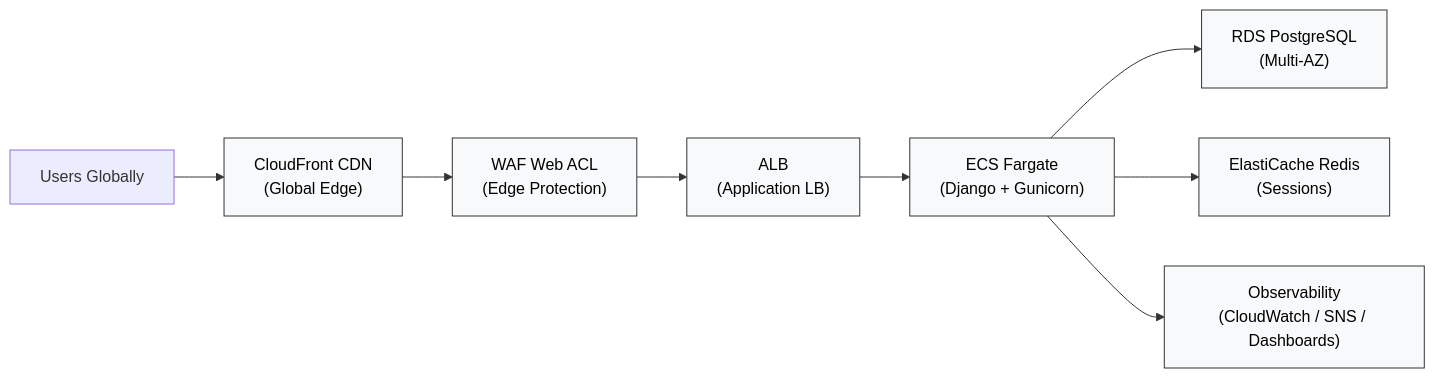
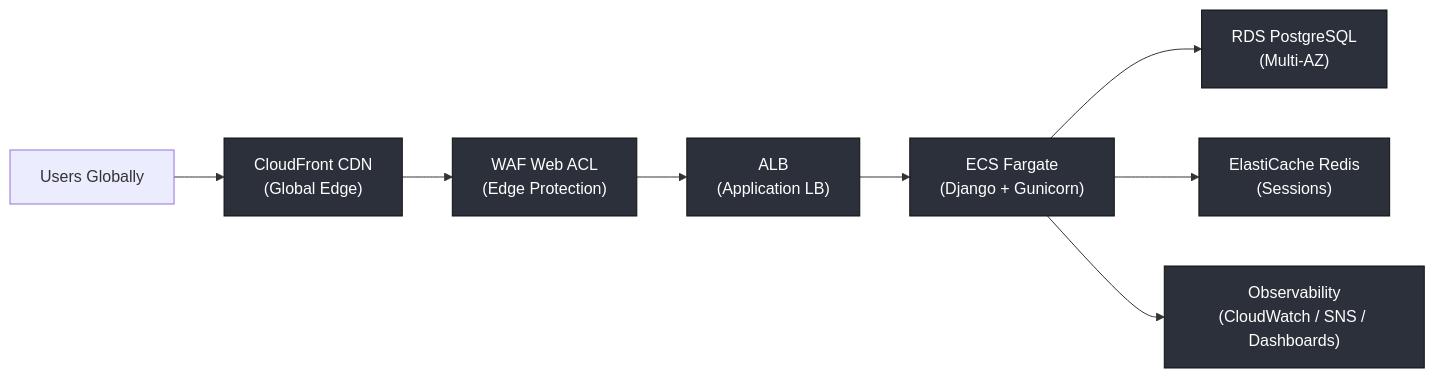
One commit to gasper-anjanoh-dev/notesy-infrastructure changed the first of 2 diagrams in README.md. Above: the diagram before and after it, drawn with Mermaid.

Commit message:
docs: mermaid diagram color: dark fill + white text for infra nodes

````diff
--- a/README.md
+++ b/README.md
@@ -14,12 +14,12 @@
 ```mermaid
 flowchart LR
   Users["Users Globally"] --> CF["CloudFront CDN\n(Global Edge)"]
   CF --> WAF["WAF Web ACL\n(Edge Protection)"]
   WAF --> ALB["ALB\n(Application LB)"]
   ALB --> ECS["ECS Fargate\n(Django + Gunicorn)"]
   ECS --> RDS["RDS PostgreSQL\n(Multi-AZ)"]
   ECS --> Redis["ElastiCache Redis\n(Sessions)"]
   ECS --> Obs["Observability\n(CloudWatch / SNS / Dashboards)"]
-	classDef infra fill:#f8f9fa,stroke:#333,stroke-width:1px,color:#000;
+	classDef infra fill:#2b303b,stroke:#111,stroke-width:1px,color:#fff;
   class CF,WAF,ALB,ECS,RDS,Redis,Obs infra;
 ```
````
